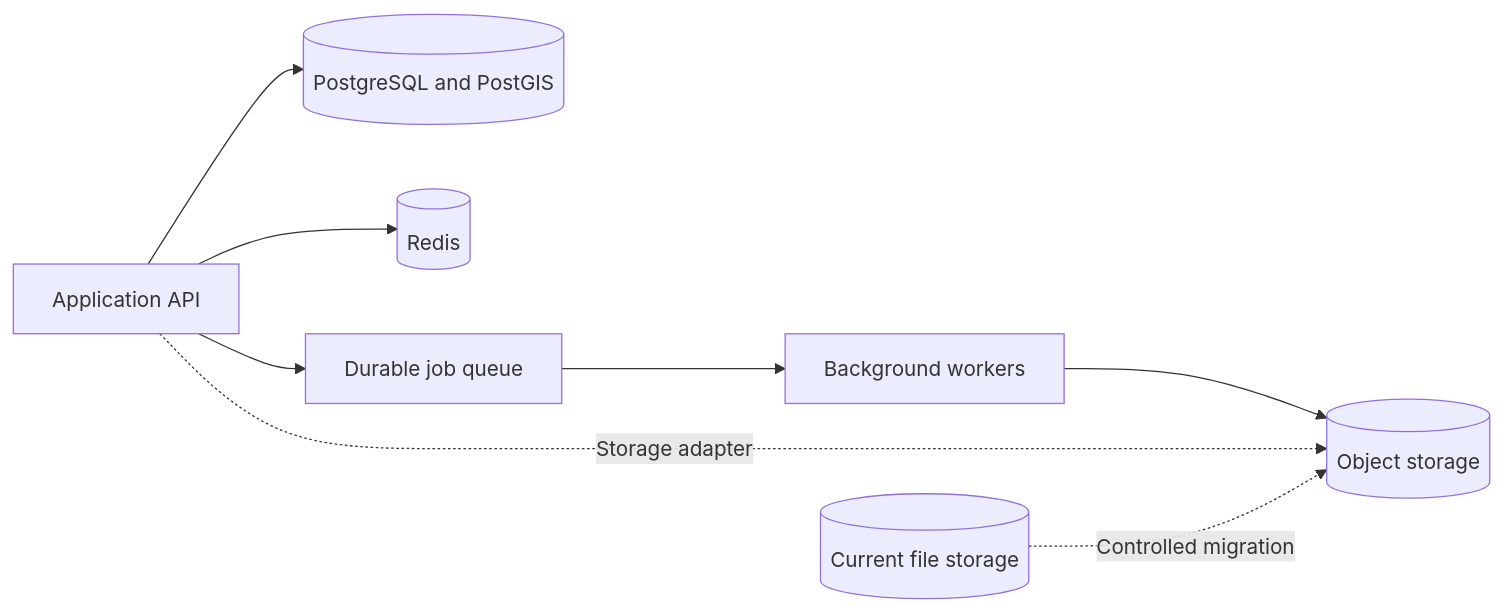
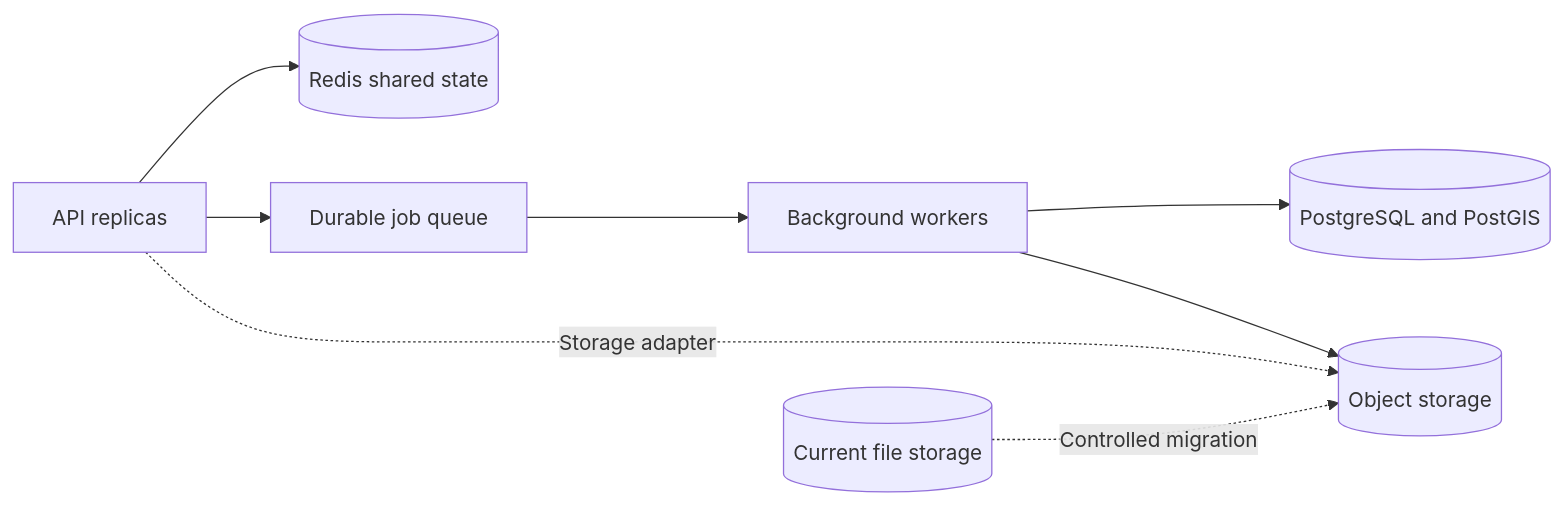
Before and after one commit to CiviMap/devops-portfolio: the fourth of 5 diagrams in docs/architecture.md, drawn with Mermaid. The commit also changed other lines of this file, not shown here.

Commit message:
Document Redis caching flow

````diff
--- a/docs/architecture.md
+++ b/docs/architecture.md
@@ -189,10 +234,10 @@
 ```mermaid
 flowchart LR
-    api[Application API] --> database[(PostgreSQL and PostGIS)]
-    api --> redis[(Redis)]
+    api[API replicas] --> shared[(Redis shared state)]
     api --> queue[Durable job queue]
     queue --> workers[Background workers]
+    workers --> database[(PostgreSQL and PostGIS)]
     workers --> object[(Object storage)]
     api -.->|Storage adapter| object
     local[(Current file storage)] -.->|Controlled migration| object
 ```
````
